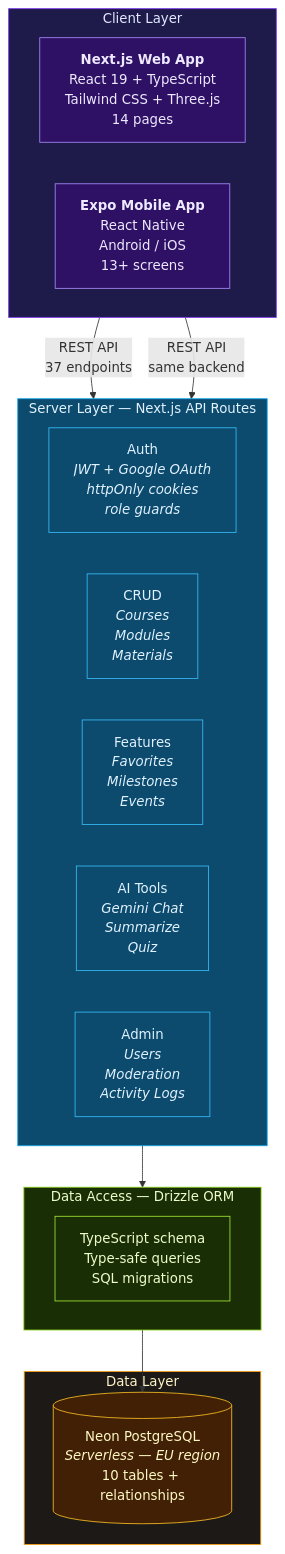
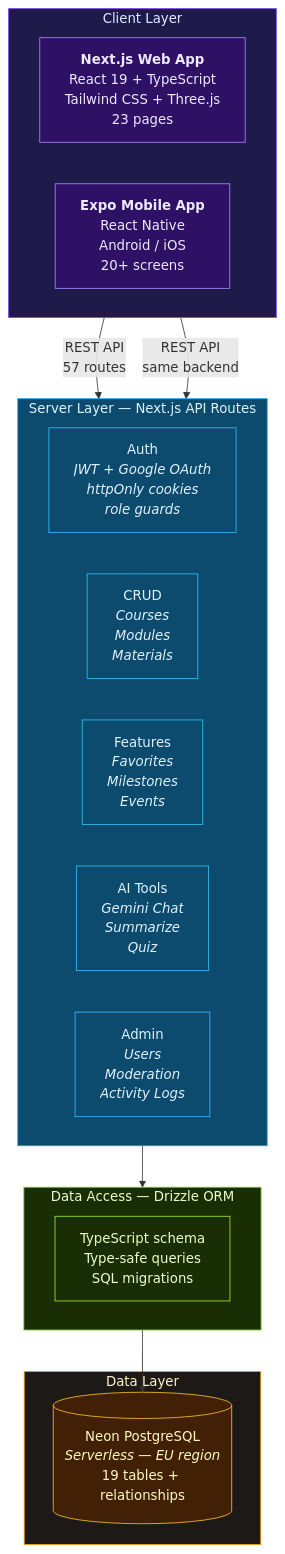
Before and after one commit to mariva565/mariva565-full-stack-ai-capstone: the first of 4 diagrams in README.md, drawn with Mermaid. The commit also changed other lines of this file and 2 other files, not shown here.

Commit message:
docs: add mobile smoke test and release documentation and update project status metrics

````diff
--- a/README.md
+++ b/README.md
@@ -93,44 +94,44 @@
 ```mermaid
 graph TB
     subgraph CLIENT["Client Layer"]
         direction LR
-        WEB["<b>Next.js Web App</b><br/>React 19 + TypeScript<br/>Tailwind CSS + Three.js<br/>14 pages"]
-        MOBILE["<b>Expo Mobile App</b><br/>React Native<br/>Android / iOS<br/>13+ screens"]
+        WEB["<b>Next.js Web App</b><br/>React 19 + TypeScript<br/>Tailwind CSS + Three.js<br/>23 pages"]
+        MOBILE["<b>Expo Mobile App</b><br/>React Native<br/>Android / iOS<br/>20+ screens"]
     end
 
     subgraph SERVER["Server Layer — Next.js API Routes"]
         direction LR
         AUTH["Auth<br/><i>JWT + Google OAuth</i><br/><i>httpOnly cookies</i><br/><i>role guards</i>"]
         CRUD["CRUD<br/><i>Courses</i><br/><i>Modules</i><br/><i>Materials</i>"]
         FEATURES["Features<br/><i>Favorites</i><br/><i>Milestones</i><br/><i>Events</i>"]
         AI["AI Tools<br/><i>Gemini Chat</i><br/><i>Summarize</i><br/><i>Quiz</i>"]
         ADMIN["Admin<br/><i>Users</i><br/><i>Moderation</i><br/><i>Activity Logs</i>"]
     end
 
     subgraph ORM["Data Access — Drizzle ORM"]
         DRIZZLE["TypeScript schema<br/>Type-safe queries<br/>SQL migrations"]
     end
 
     subgraph DATA["Data Layer"]
-        DB[("Neon PostgreSQL<br/><i>Serverless — EU region</i><br/>10 tables + relationships")]
+        DB[("Neon PostgreSQL<br/><i>Serverless — EU region</i><br/>19 tables + relationships")]
     end
 
-    WEB -->|"REST API<br/>37 endpoints"| SERVER
+    WEB -->|"REST API<br/>57 routes"| SERVER
     MOBILE -->|"REST API<br/>same backend"| SERVER
     SERVER --> ORM
     ORM --> DB
 
     style CLIENT fill:#1e1b4b,stroke:#7c3aed,color:#e0e7ff
     style SERVER fill:#0c4a6e,stroke:#0ea5e9,color:#e0f2fe
     style ORM fill:#1a2e05,stroke:#84cc16,color:#ecfccb
     style DATA fill:#1c1917,stroke:#f59e0b,color:#fef3c7
     style WEB fill:#2e1065,stroke:#a78bfa,color:#ede9fe
     style MOBILE fill:#2e1065,stroke:#a78bfa,color:#ede9fe
     style AUTH fill:#0c4a6e,stroke:#38bdf8,color:#e0f2fe
     style CRUD fill:#0c4a6e,stroke:#38bdf8,color:#e0f2fe
     style FEATURES fill:#0c4a6e,stroke:#38bdf8,color:#e0f2fe
     style AI fill:#0c4a6e,stroke:#38bdf8,color:#e0f2fe
     style ADMIN fill:#0c4a6e,stroke:#38bdf8,color:#e0f2fe
     style DRIZZLE fill:#1a2e05,stroke:#a3e635,color:#ecfccb
     style DB fill:#422006,stroke:#fbbf24,color:#fef9c3
 ```
````
